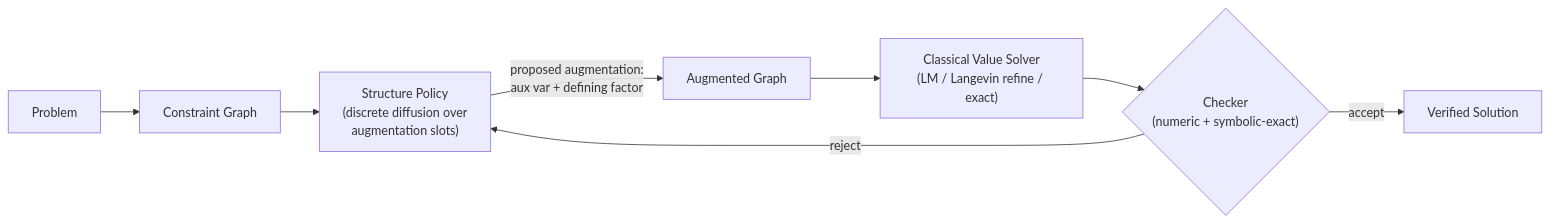
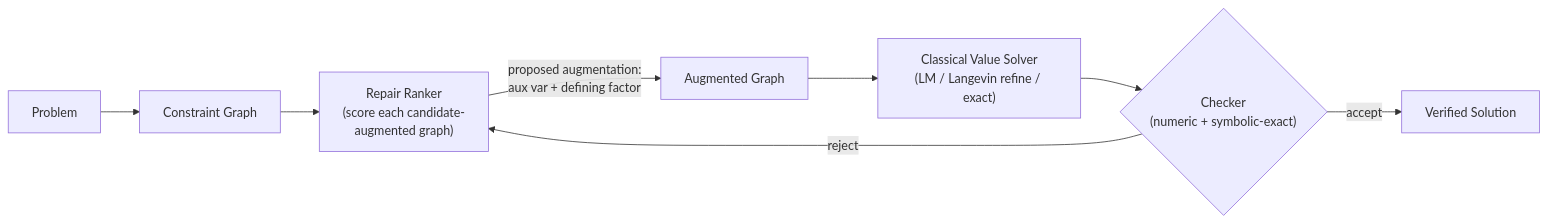
The diagram in README.md (saidlaboratory/MARC), drawn with Mermaid before and after one commit. The commit also changed other lines of this file and 27 other files, not shown here.

First line of the commit message:
Candidate-conditioned structural repair ranker (v0.3)

````diff
--- a/README.md
+++ b/README.md
@@ -76,10 +77,10 @@
 ```mermaid
 flowchart LR
     P["Problem"] --> G["Constraint Graph"]
-    G --> S["Structure Policy\n(discrete diffusion over\naugmentation slots)"]
+    G --> S["Repair Ranker\n(score each candidate-\naugmented graph)"]
     S -->|"proposed augmentation:\naux var + defining factor"| A["Augmented Graph"]
     A --> V["Classical Value Solver\n(LM / Langevin refine / exact)"]
     V --> C{"Checker\n(numeric + symbolic-exact)"}
     C -->|reject| S
     C -->|accept| OK["Verified Solution"]
 ```
````
